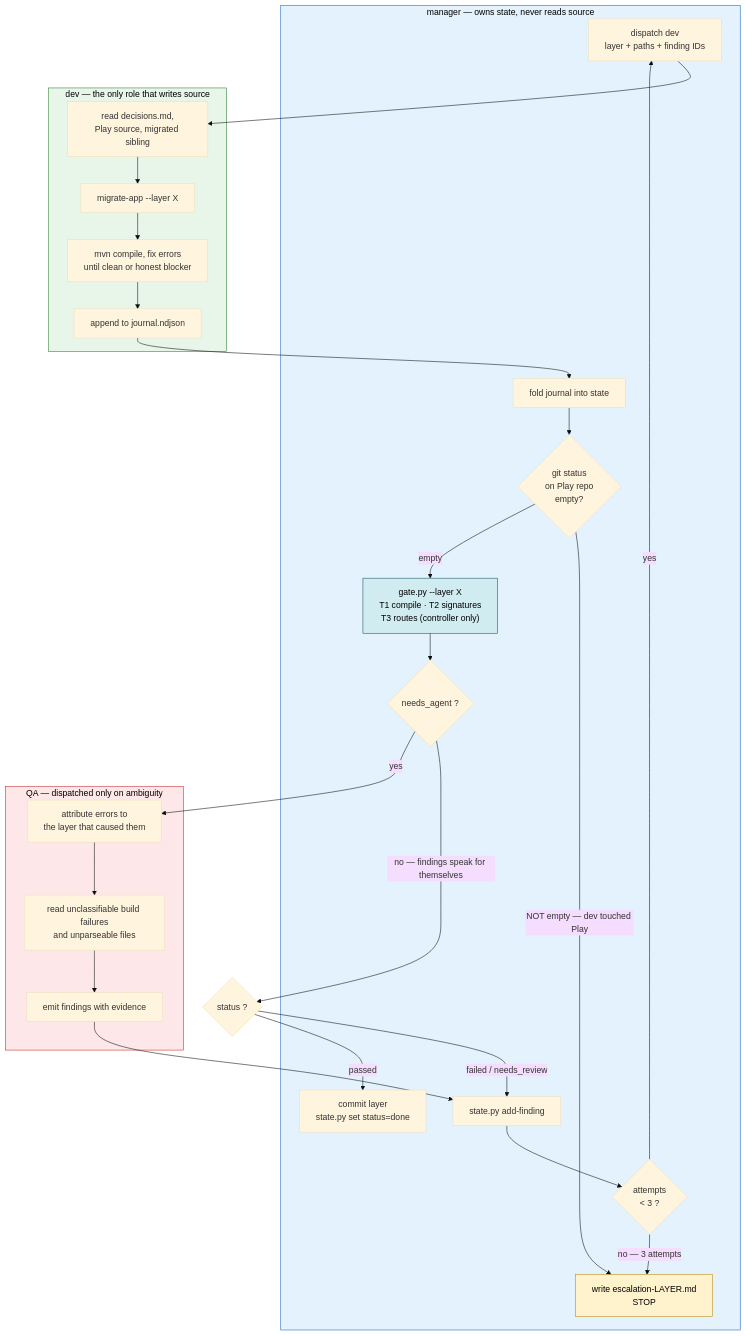
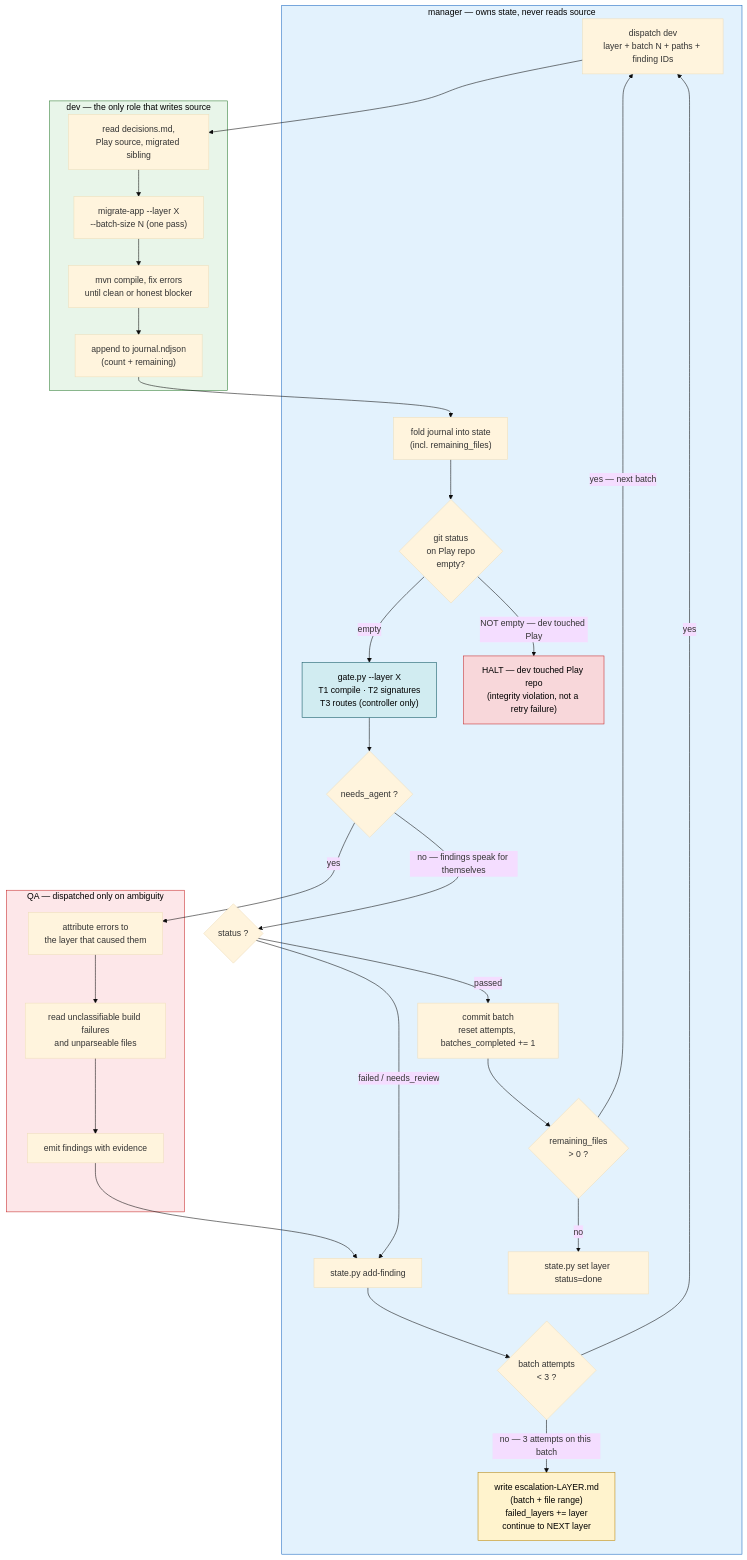
The second of 6 diagrams in docs/FLOW.md (skarin7/play-to-springboot), drawn with Mermaid (base theme) before and after one commit. The commit also changed other lines of this file and 39 other files, not shown here.

````diff
--- a/docs/FLOW.md
+++ b/docs/FLOW.md
@@ -68,50 +77,58 @@
 ```mermaid
 flowchart TD
     subgraph MGR["manager — owns state, never reads source"]
-        DISPATCH["dispatch dev<br/>layer + paths + finding IDs"]
-        FOLD["fold journal into state"]
+        DISPATCH["dispatch dev<br/>layer + batch N + paths + finding IDs"]
+        FOLD["fold journal into state<br/>(incl. remaining_files)"]
         GUARD{"git status<br/>on Play repo<br/>empty?"}
         GATE["gate.py --layer X<br/>T1 compile · T2 signatures<br/>T3 routes (controller only)"]
         NEED{"needs_agent ?"}
         RECORD["state.py add-finding"]
-        COUNT{"attempts<br/>&lt; 3 ?"}
-        COMMIT["commit layer<br/>state.py set status=done"]
-        ESC["write escalation-LAYER.md<br/>STOP"]
+        COUNT{"batch attempts<br/>&lt; 3 ?"}
+        COMMIT["commit batch<br/>reset attempts, batches_completed += 1"]
+        MORE{"remaining_files<br/>&gt; 0 ?"}
+        DONE["state.py set layer status=done"]
+        ESC["write escalation-LAYER.md<br/>(batch + file range)<br/>failed_layers += layer<br/>continue to NEXT layer"]
+        HALT["HALT — dev touched Play repo<br/>(integrity violation, not a retry failure)"]
     end
 
     subgraph DEV["dev — the only role that writes source"]
         D1["read decisions.md,<br/>Play source, migrated sibling"]
-        D2["migrate-app --layer X"]
+        D2["migrate-app --layer X<br/>--batch-size N (one pass)"]
         D3["mvn compile, fix errors<br/>until clean or honest blocker"]
-        D4["append to journal.ndjson"]
+        D4["append to journal.ndjson<br/>(count + remaining)"]
     end
 
     subgraph QA["QA — dispatched only on ambiguity"]
         Q1["attribute errors to<br/>the layer that caused them"]
         Q2["read unclassifiable build failures<br/>and unparseable files"]
         Q3["emit findings with evidence"]
     end
 
     DISPATCH --> D1 --> D2 --> D3 --> D4
     D4 --> FOLD --> GUARD
-    GUARD -->|"NOT empty — dev touched Play"| ESC
+    GUARD -->|"NOT empty — dev touched Play"| HALT
     GUARD -->|empty| GATE
     GATE --> NEED
 
     NEED -->|"no — findings speak for themselves"| VERDICT{"status ?"}
     NEED -->|"yes"| Q1
     Q1 --> Q2 --> Q3 --> RECORD
 
     VERDICT -->|"failed / needs_review"| RECORD
     VERDICT -->|passed| COMMIT
 
     RECORD --> COUNT
     COUNT -->|yes| DISPATCH
-    COUNT -->|"no — 3 attempts"| ESC
+    COUNT -->|"no — 3 attempts on this batch"| ESC
+
+    COMMIT --> MORE
+    MORE -->|"yes — next batch"| DISPATCH
+    MORE -->|no| DONE
 
     style DEV fill:#e8f5e9,stroke:#2e7d32,color:#000
     style QA fill:#fde7e9,stroke:#c62828,color:#000
     style MGR fill:#e3f2fd,stroke:#1565c0,color:#000
     style ESC fill:#fff3cd,stroke:#b8860b,color:#000
+    style HALT fill:#f8d7da,stroke:#c62828,color:#000
     style GATE fill:#d1ecf1,stroke:#0c5460,color:#000
 ```
````
